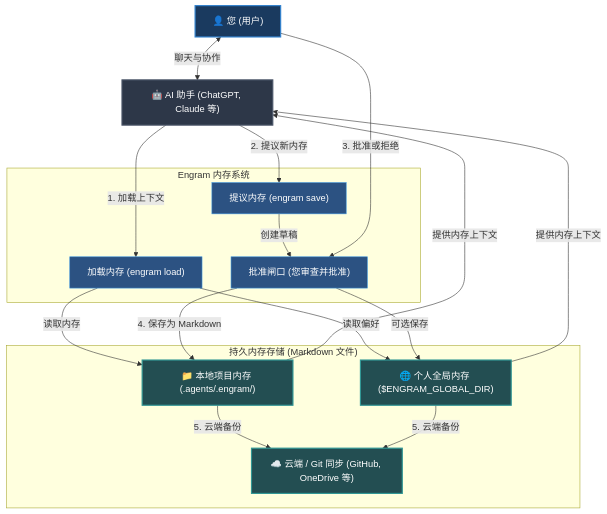
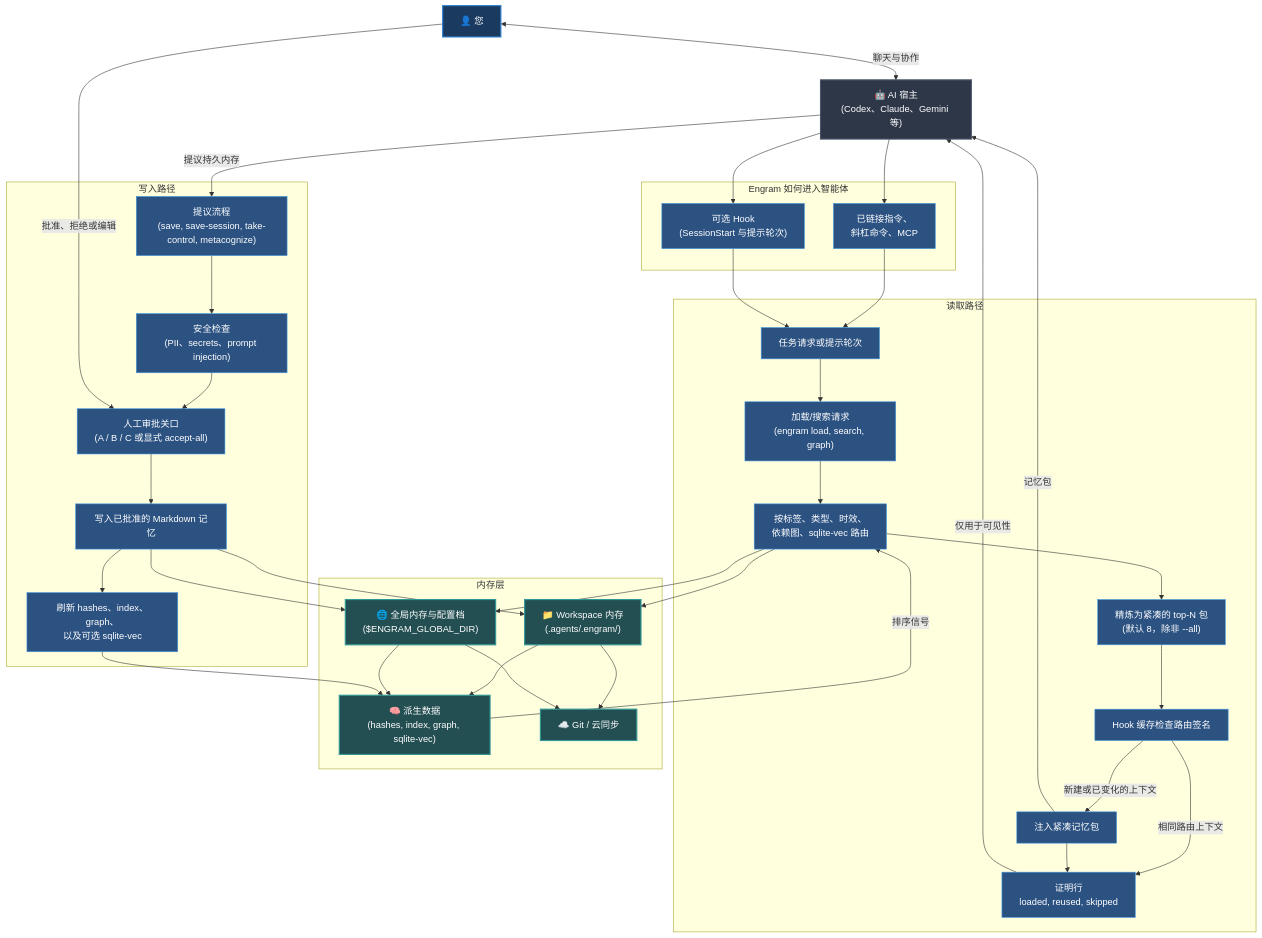
Before and after one commit to the-long-ride/engram: the diagram in documentation/zh/README.md, drawn with Mermaid. The commit also changed other lines of this file and 19 other files, not shown here.

Commit message:
docs: refresh proof and architecture docs

````diff
--- a/documentation/zh/README.md
+++ b/documentation/zh/README.md
@@ -27,39 +27,71 @@
 ```mermaid
 graph TD
-    %% Styling
-    classDef default fill:#111,stroke:#333,stroke-width:1px,color:#fff;
     classDef human fill:#1a3a5f,stroke:#3182ce,stroke-width:2px,color:#fff;
     classDef agent fill:#2d3748,stroke:#4a5568,stroke-width:2px,color:#fff;
     classDef storage fill:#234e52,stroke:#319795,stroke-width:2px,color:#fff;
     classDef action fill:#2c5282,stroke:#4299e1,stroke-width:1px,color:#fff;
 
-    User["👤 您 (用户)"]:::human
-    AI["🤖 AI 助手 (ChatGPT, Claude 等)"]:::agent
+    User["👤 您"]:::human
+    AI["🤖 AI 宿主\n(Codex、Claude、Gemini 等)"]:::agent
 
-    subgraph Engram ["Engram 内存系统"]
-        Load["加载内存 (engram load)"]:::action
-        Propose["提议内存 (engram save)"]:::action
-        Review["批准闸口 (您审查并批准)"]:::action
+    subgraph Entry ["Engram 如何进入智能体"]
+        Links["已链接指令、\n斜杠命令、MCP"]:::action
+        Hooks["可选 Hook\n(SessionStart 与提示轮次)"]:::action
     end
 
-    subgraph Storage ["持久内存存储 (Markdown 文件)"]
-        LocalStore["📁 本地项目内存 (.agents/.engram/)"]:::storage
-        GlobalStore["🌐 个人全局内存 ($ENGRAM_GLOBAL_DIR)"]:::storage
-        SyncStore["☁️ 云端 / Git 同步 (GitHub, OneDrive 等)"]:::storage
+    subgraph Read ["读取路径"]
+        Trigger["任务请求或提示轮次"]:::action
+        Load["加载/搜索请求\n(engram load, search, graph)"]:::action
+        Route["按标签、类型、时效、\n依赖图、sqlite-vec 路由"]:::action
+        Refine["精炼为紧凑的 top-N 包\n(默认 8，除非 --all)"]:::action
+        Cache["Hook 缓存检查路由签名"]:::action
+        Inject["注入紧凑记忆包"]:::action
+        Proof["证明行\nloaded, reused, skipped"]:::action
     end
 
-    %% Interactions
+    subgraph Write ["写入路径"]
+        Proposal["提议流程\n(save, save-session, take-control, metacognize)"]:::action
+        Scan["安全检查\n(PII、secrets、prompt injection)"]:::action
+        Review["人工审批关口\n(A / B / C 或显式 accept-all)"]:::action
+        Persist["写入已批准的 Markdown 记忆"]:::action
+        Rebuild["刷新 hashes、index、graph、\n以及可选 sqlite-vec"]:::action
+    end
+
+    subgraph Memory ["内存层"]
+        Workspace["📁 Workspace 内存\n(.agents/.engram/)"]:::storage
+        Global["🌐 全局内存与配置档\n($ENGRAM_GLOBAL_DIR)"]:::storage
+        Derived["🧠 派生数据\n(hashes, index, graph, sqlite-vec)"]:::storage
+        Sync["☁️ Git / 云同步"]:::storage
+    end
+
     User <-->|聊天与协作| AI
-    AI -->|1. 加载上下文| Load
-    Load -->|读取内存| LocalStore
-    Load -->|读取偏好| GlobalStore
-    LocalStore & GlobalStore -->|提供内存上下文| AI
-
-    AI -->|2. 提议新内存| Propose
-    Propose -->|创建草稿| Review
-    User -->|3. 批准或拒绝| Review
-    Review -->|4. 保存为 Markdown| LocalStore
-    Review -->|可选保存| GlobalStore
-    LocalStore -->|5. 云端备份| SyncStore
-    GlobalStore -->|5. 云端备份| SyncStore
+    AI --> Links
+    AI --> Hooks
+    Links --> Trigger
+    Hooks --> Trigger
+    Trigger --> Load
+    Load --> Route
+    Route --> Workspace
+    Route --> Global
+    Workspace --> Derived
+    Global --> Derived
+    Derived -->|排序信号| Route
+    Route --> Refine
+    Refine --> Cache
+    Cache -->|新建或已变化的上下文| Inject
+    Cache -->|相同路由上下文| Proof
+    Inject -->|记忆包| AI
+    Inject --> Proof
+    Proof -->|仅用于可见性| AI
+    AI -->|提议持久内存| Proposal
+    Proposal --> Scan
+    Scan --> Review
+    User -->|批准、拒绝或编辑| Review
+    Review --> Persist
+    Persist --> Workspace
+    Persist --> Global
+    Persist --> Rebuild
+    Rebuild --> Derived
+    Workspace --> Sync
+    Global --> Sync
 ```
````
